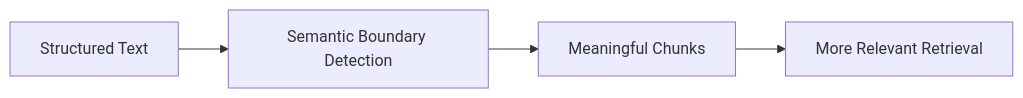
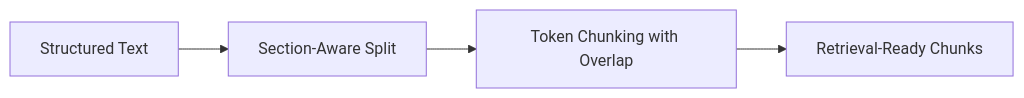
The seventh of 15 diagrams in _posts/2026-03-25-building-a-rag-chatbot-how-to-choose-each-component-and-why.markdown (madushanl/madushanl.github.io), drawn with Mermaid before and after one commit. The commit also changed other lines of this file, not shown here.

Commit message:
Refine RAG chatbot article to reflect updated architecture and component choices, emphasizing a cloud-first design. Adjusted terminology for clarity and improved the ingestion and query-time answering sections.

````diff
--- a/_posts/2026-03-25-building-a-rag-chatbot-how-to-choose-each-component-and-why.markdown
+++ b/_posts/2026-03-25-building-a-rag-chatbot-how-to-choose-each-component-and-why.markdown
@@ -207,6 +207,6 @@
 ```mermaid
 flowchart LR
-    A[Structured Text] --> B[Semantic Boundary Detection]
-    B --> C[Meaningful Chunks]
-    C --> D[More Relevant Retrieval]
+    A[Structured Text] --> B[Section-Aware Split]
+    B --> C[Token Chunking with Overlap]
+    C --> D[Retrieval-Ready Chunks]
 ```
````
